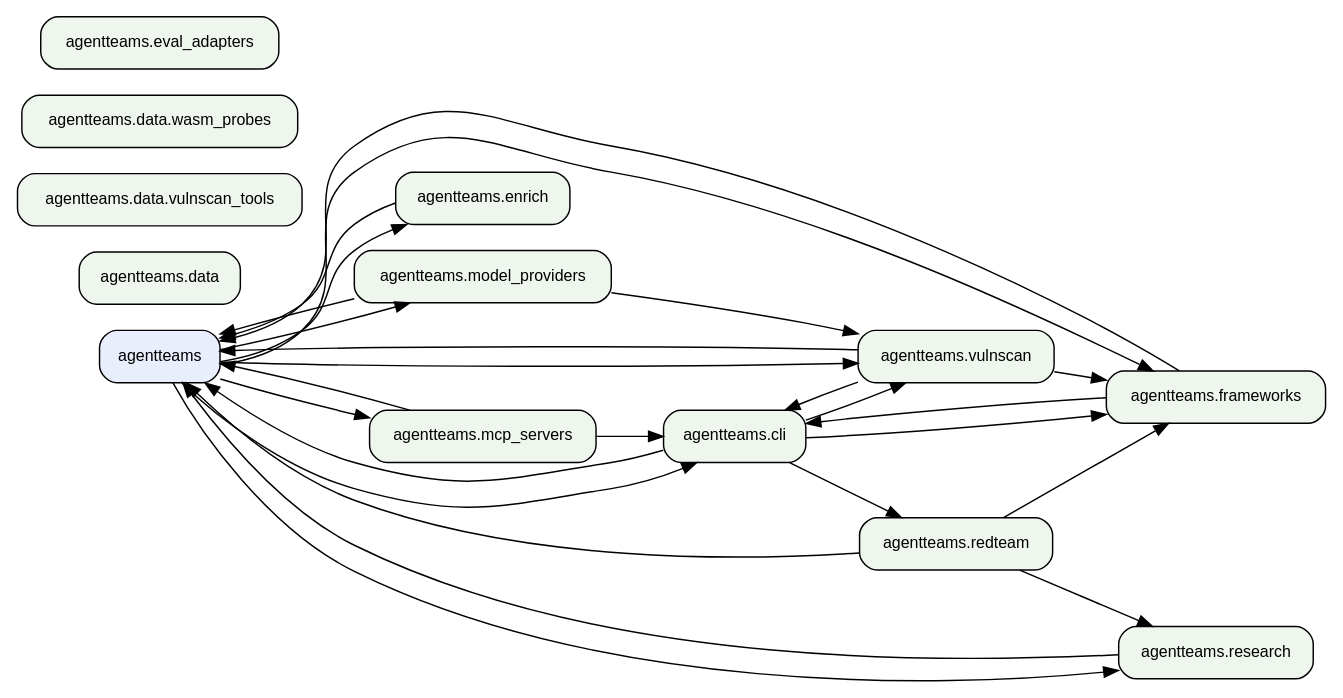
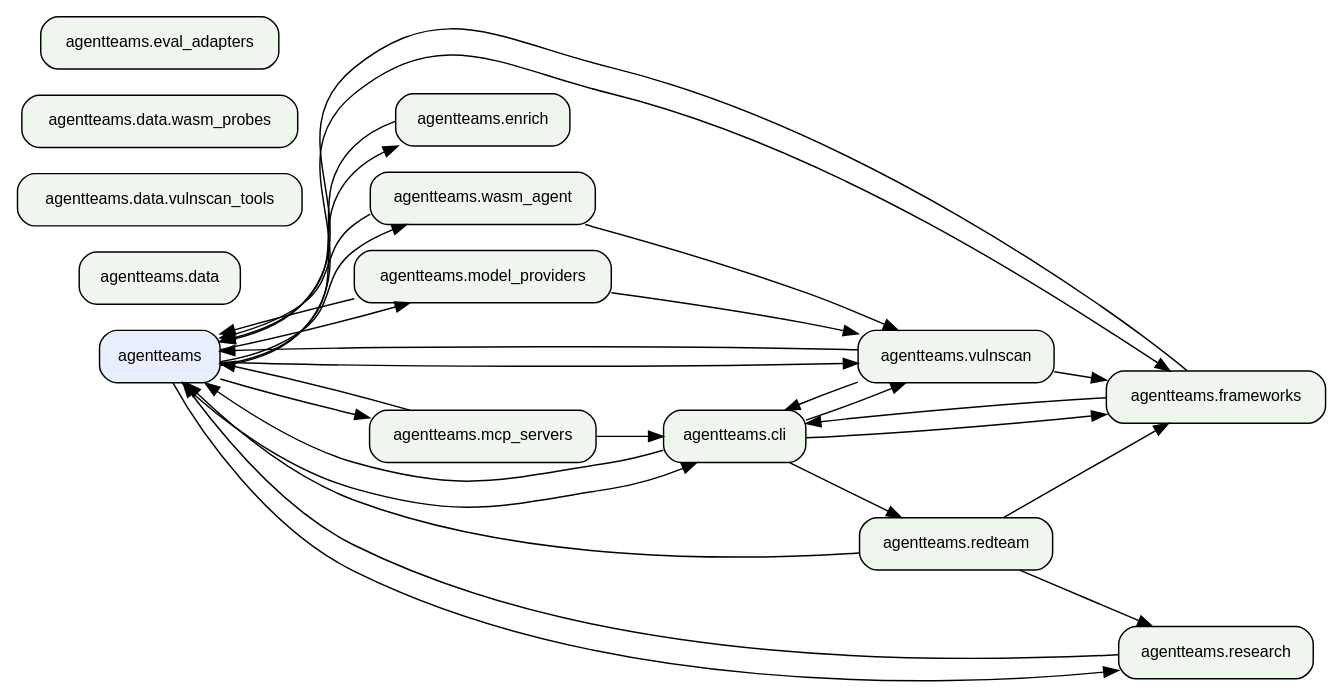
The second of 2 diagrams in references/architecture-graph.md (jlcatonjr/agentteams), drawn with Graphviz before and after one commit. The commit also changed other lines of this file and 20 other files, not shown here.

First line of the commit message:
feat(wasm-agent): P05 WASM agent host — step-mode protocol, Stage 0/1 split, budgets, DLP, key custody

````diff
--- a/references/architecture-graph.md
+++ b/references/architecture-graph.md
@@ -495,45 +511,49 @@
 ```dot
 digraph "agentteams architecture" {
     rankdir=LR;
     node [fontname="Helvetica", fontsize=11, shape=box, style="rounded,filled", fillcolor="#eef6ee"];
     edge [fontsize=9];
     "agentteams" [fillcolor="#e8eefb"];
     "agentteams.cli" [fillcolor="#eef6ee"];
     "agentteams.data" [fillcolor="#eef6ee"];
     "agentteams.data.vulnscan_tools" [fillcolor="#eef6ee"];
     "agentteams.data.wasm_probes" [fillcolor="#eef6ee"];
     "agentteams.enrich" [fillcolor="#eef6ee"];
     "agentteams.eval_adapters" [fillcolor="#eef6ee"];
     "agentteams.frameworks" [fillcolor="#eef6ee"];
     "agentteams.mcp_servers" [fillcolor="#eef6ee"];
     "agentteams.model_providers" [fillcolor="#eef6ee"];
     "agentteams.redteam" [fillcolor="#eef6ee"];
     "agentteams.research" [fillcolor="#eef6ee"];
     "agentteams.vulnscan" [fillcolor="#eef6ee"];
+    "agentteams.wasm_agent" [fillcolor="#eef6ee"];
     "agentteams" -> "agentteams.cli";
     "agentteams" -> "agentteams.enrich";
     "agentteams" -> "agentteams.frameworks";
     "agentteams" -> "agentteams.mcp_servers";
     "agentteams" -> "agentteams.model_providers";
     "agentteams" -> "agentteams.research";
     "agentteams" -> "agentteams.vulnscan";
+    "agentteams" -> "agentteams.wasm_agent";
     "agentteams.cli" -> "agentteams";
     "agentteams.cli" -> "agentteams.frameworks";
     "agentteams.cli" -> "agentteams.redteam";
     "agentteams.cli" -> "agentteams.vulnscan";
     "agentteams.enrich" -> "agentteams";
     "agentteams.frameworks" -> "agentteams";
     "agentteams.frameworks" -> "agentteams.cli";
     "agentteams.mcp_servers" -> "agentteams";
     "agentteams.mcp_servers" -> "agentteams.cli";
     "agentteams.model_providers" -> "agentteams";
     "agentteams.model_providers" -> "agentteams.vulnscan";
     "agentteams.redteam" -> "agentteams";
     "agentteams.redteam" -> "agentteams.frameworks";
     "agentteams.redteam" -> "agentteams.research";
     "agentteams.research" -> "agentteams";
     "agentteams.vulnscan" -> "agentteams";
     "agentteams.vulnscan" -> "agentteams.cli";
     "agentteams.vulnscan" -> "agentteams.frameworks";
+    "agentteams.wasm_agent" -> "agentteams";
+    "agentteams.wasm_agent" -> "agentteams.vulnscan";
 }
 ```
````
